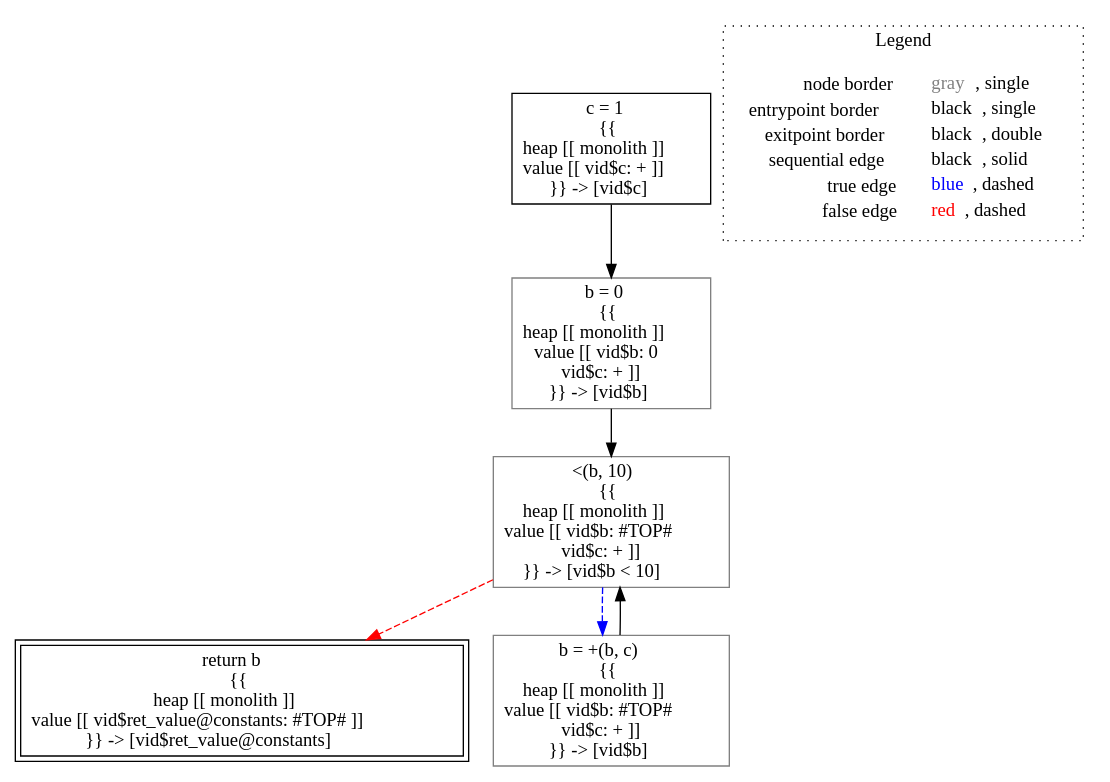
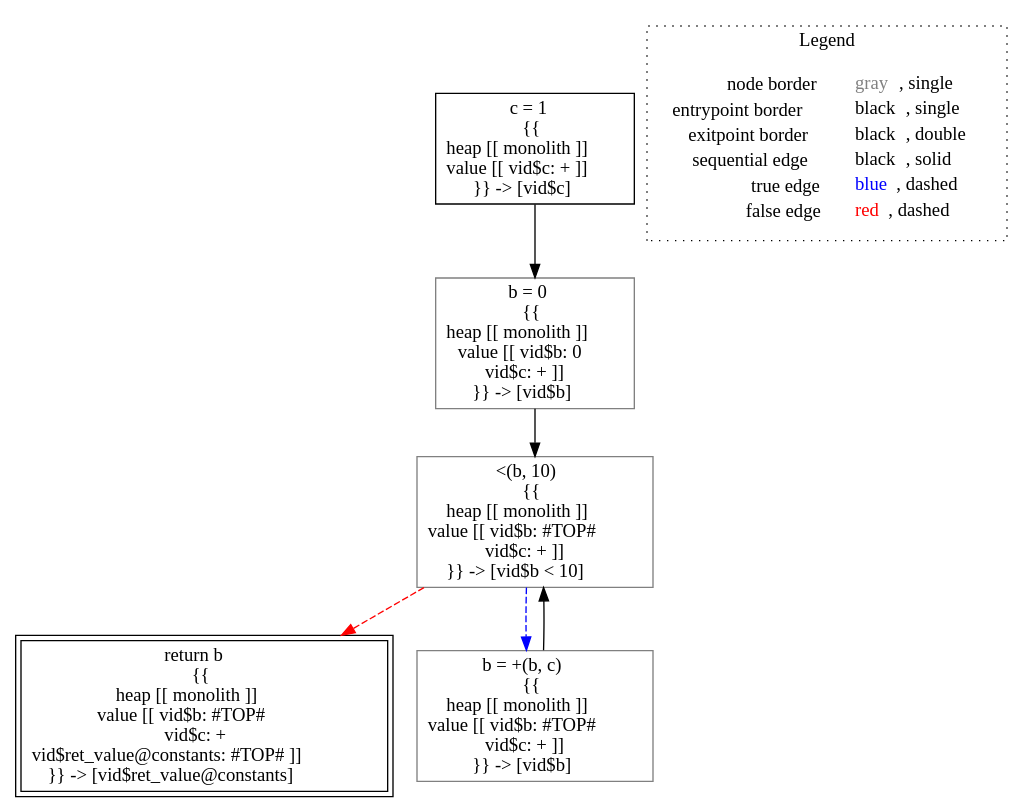
The diagram in lisa/imp-testcases/sign/analysis___untyped_tutorial.constants().dot (lisa-analyzer/lisa), drawn with Graphviz before and after one commit. The commit also changed 30 other files, not shown here.

```diff
--- a/lisa/imp-testcases/sign/analysis___untyped_tutorial.constants().dot
+++ b/lisa/imp-testcases/sign/analysis___untyped_tutorial.constants().dot
@@ -1,19 +1,19 @@
 digraph {
 	"node0" [shape="rect",color="black",label=<c = 1<BR/>{{<BR/>heap [[ monolith ]]<BR/>value [[ vid$c: + ]]<BR/>}} -&gt; [vid$c]>];
-	"node1" [shape="rect",color="gray",label=<b = 0<BR/>{{<BR/>heap [[ monolith ]]<BR/>value [[ vid$b: 0<BR/>vid$c: + ]]<BR/>}} -&gt; [vid$b]>];
-	"node2" [shape="rect",color="black",peripheries="2",label=<return b<BR/>{{<BR/>heap [[ monolith ]]<BR/>value [[ vid$ret_value@constants: #TOP# ]]<BR/>}} -&gt; [vid$ret_value@constants]>];
-	"node3" [shape="rect",color="gray",label=<&lt;(b, 10)<BR/>{{<BR/>heap [[ monolith ]]<BR/>value [[ vid$b: #TOP#<BR/>vid$c: + ]]<BR/>}} -&gt; [vid$b &lt; 10]>];
+	"node1" [shape="rect",color="black",peripheries="2",label=<return b<BR/>{{<BR/>heap [[ monolith ]]<BR/>value [[ vid$b: #TOP#<BR/>vid$c: +<BR/>vid$ret_value@constants: #TOP# ]]<BR/>}} -&gt; [vid$ret_value@constants]>];
+	"node2" [shape="rect",color="gray",label=<&lt;(b, 10)<BR/>{{<BR/>heap [[ monolith ]]<BR/>value [[ vid$b: #TOP#<BR/>vid$c: + ]]<BR/>}} -&gt; [vid$b &lt; 10]>];
+	"node3" [shape="rect",color="gray",label=<b = 0<BR/>{{<BR/>heap [[ monolith ]]<BR/>value [[ vid$b: 0<BR/>vid$c: + ]]<BR/>}} -&gt; [vid$b]>];
 	"node4" [shape="rect",color="gray",label=<b = +(b, c)<BR/>{{<BR/>heap [[ monolith ]]<BR/>value [[ vid$b: #TOP#<BR/>vid$c: + ]]<BR/>}} -&gt; [vid$b]>];
-	"node1" -> "node3" [color="black"];
-	"node3" -> "node2" [color="red",style="dashed"];
-	"node3" -> "node4" [color="blue",style="dashed"];
-	"node4" -> "node3" [color="black"];
-	"node0" -> "node1" [color="black"];
+	"node2" -> "node1" [color="red",style="dashed"];
+	"node2" -> "node4" [color="blue",style="dashed"];
+	"node0" -> "node3" [color="black"];
+	"node3" -> "node2" [color="black"];
+	"node4" -> "node2" [color="black"];
 subgraph cluster_legend {
 	label="Legend";
 	style=dotted;
 	node [shape=plaintext];
 	"legend" [label=<<table border="0" cellpadding="2" cellspacing="0" cellborder="0"><tr><td align="right">node border&nbsp;</td><td align="left"><font color="gray">gray</font>, single</td></tr><tr><td align="right">entrypoint border&nbsp;</td><td align="left"><font color="black">black</font>, single</td></tr><tr><td align="right">exitpoint border&nbsp;</td><td align="left"><font color="black">black</font>, double</td></tr><tr><td align="right">sequential edge&nbsp;</td><td align="left"><font color="black">black</font>, solid</td></tr><tr><td align="right">true edge&nbsp;</td><td align="left"><font color="blue">blue</font>, dashed</td></tr><tr><td align="right">false edge&nbsp;</td><td align="left"><font color="red">red</font>, dashed</td></tr></table>>];
 }
 
 }
```
